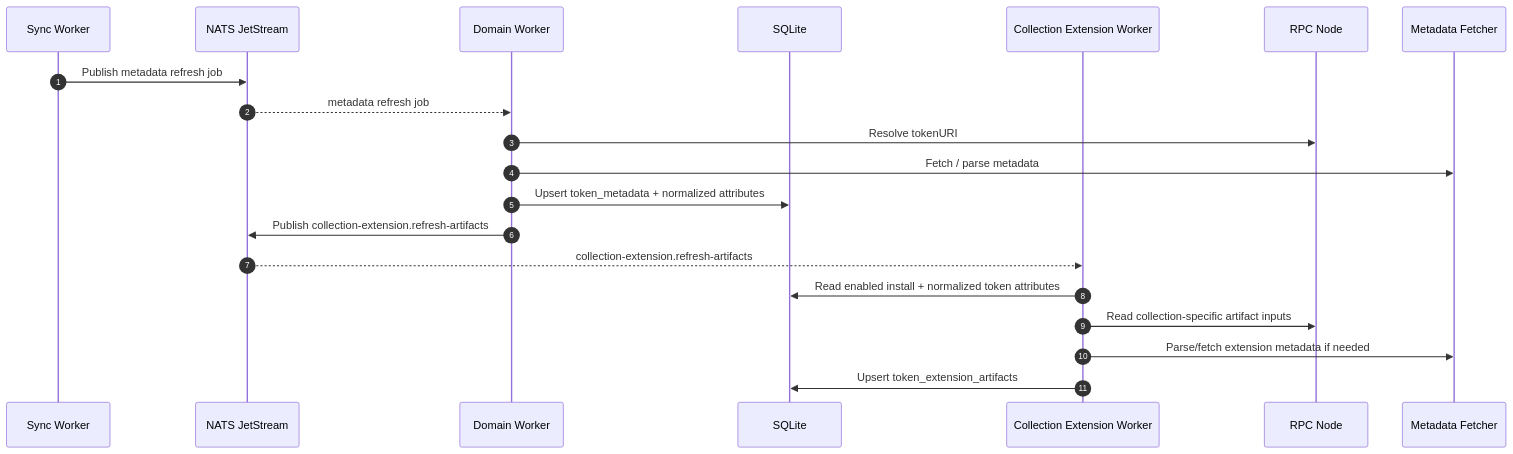
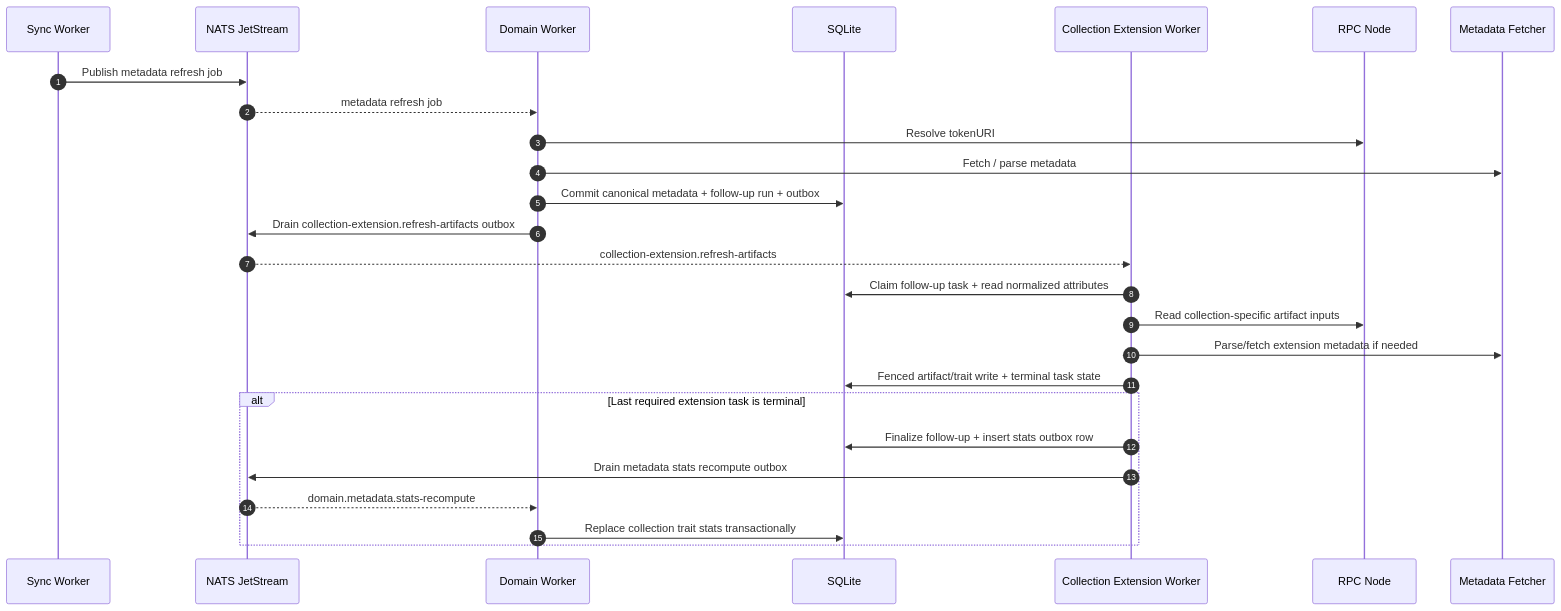
Before and after one commit to d347h-eth/artgod: the third of 4 diagrams in docs/indexer/13-sequence-diagrams.md, drawn with Mermaid. The commit also changed other lines of this file and 44 other files, not shown here.

````diff
--- a/docs/indexer/13-sequence-diagrams.md
+++ b/docs/indexer/13-sequence-diagrams.md
@@ -81,24 +100,30 @@
 ```mermaid
 sequenceDiagram
     autonumber
     participant Sync as Sync Worker
     participant NATS as NATS JetStream
     participant Domain as Domain Worker
     participant DB as SQLite
     participant Ext as Collection Extension Worker
     participant RPC as RPC Node
     participant MetaHTTP as Metadata Fetcher
 
     Sync->>NATS: Publish metadata refresh job
     NATS-->>Domain: metadata refresh job
     Domain->>RPC: Resolve tokenURI
     Domain->>MetaHTTP: Fetch / parse metadata
-    Domain->>DB: Upsert token_metadata + normalized attributes
-    Domain->>NATS: Publish collection-extension.refresh-artifacts
+    Domain->>DB: Commit canonical metadata + follow-up run + outbox
+    Domain->>NATS: Drain collection-extension.refresh-artifacts outbox
 
     NATS-->>Ext: collection-extension.refresh-artifacts
-    Ext->>DB: Read enabled install + normalized token attributes
+    Ext->>DB: Claim follow-up task + read normalized attributes
     Ext->>RPC: Read collection-specific artifact inputs
     Ext->>MetaHTTP: Parse/fetch extension metadata if needed
-    Ext->>DB: Upsert token_extension_artifacts
+    Ext->>DB: Fenced artifact/trait write + terminal task state
+    alt Last required extension task is terminal
+        Ext->>DB: Finalize follow-up + insert stats outbox row
+        Ext->>NATS: Drain metadata stats recompute outbox
+        NATS-->>Domain: domain.metadata.stats-recompute
+        Domain->>DB: Replace collection trait stats transactionally
+    end
 ```
````
